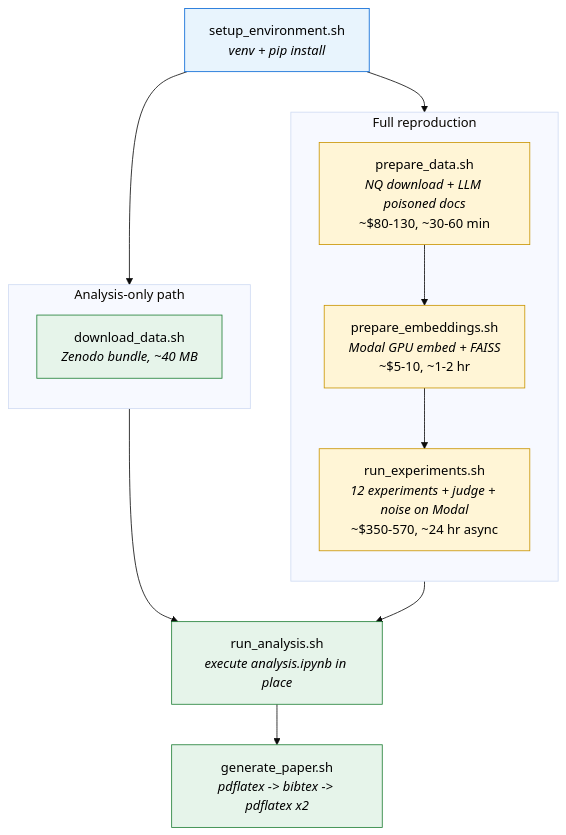
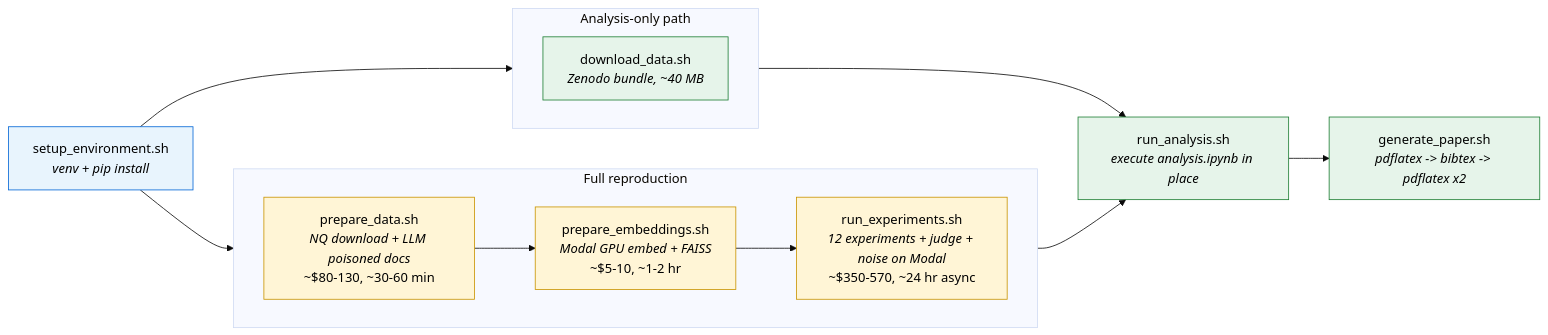
Before and after one commit to samkorn/rag-poisoning-architecture-bench: the diagram in README.md, drawn with Mermaid (base theme).

Commit message:
Testing horizontal layout over vertical for README mermaid diagram

````diff
--- a/README.md
+++ b/README.md
@@ -105,33 +105,33 @@
 ```mermaid
-flowchart TD
+flowchart LR
     setup[setup_environment.sh<br/><i>venv + pip install</i>]
 
     subgraph reproduce[Full reproduction]
-        direction TB
+        direction LR
         prepdata[prepare_data.sh<br/><i>NQ download + LLM poisoned docs</i><br/>~$80-130, ~30-60 min]
         prepemb[prepare_embeddings.sh<br/><i>Modal GPU embed + FAISS</i><br/>~$5-10, ~1-2 hr]
         runexp[run_experiments.sh<br/><i>12 experiments + judge + noise on Modal</i><br/>~$350-570, ~24 hr async]
         prepdata --> prepemb --> runexp
     end
 
     subgraph analyze[Analysis-only path]
-        direction TB
+        direction LR
         download[download_data.sh<br/><i>Zenodo bundle, ~40 MB</i>]
     end
 
     runanalysis[run_analysis.sh<br/><i>execute analysis.ipynb in place</i>]
     genpaper[generate_paper.sh<br/><i>pdflatex -> bibtex -> pdflatex x2</i>]
 
     setup --> reproduce
     setup --> analyze
     runexp --> runanalysis
     download --> runanalysis
     runanalysis --> genpaper
 
     classDef entry fill:#e8f4fd,stroke:#0366d6,color:#000;
     classDef expensive fill:#fff5d6,stroke:#c99400,color:#000;
     classDef cheap fill:#e6f4ea,stroke:#1e7e34,color:#000;
     class setup entry;
     class prepdata,prepemb,runexp expensive;
     class download,runanalysis,genpaper cheap;
 ```
````
